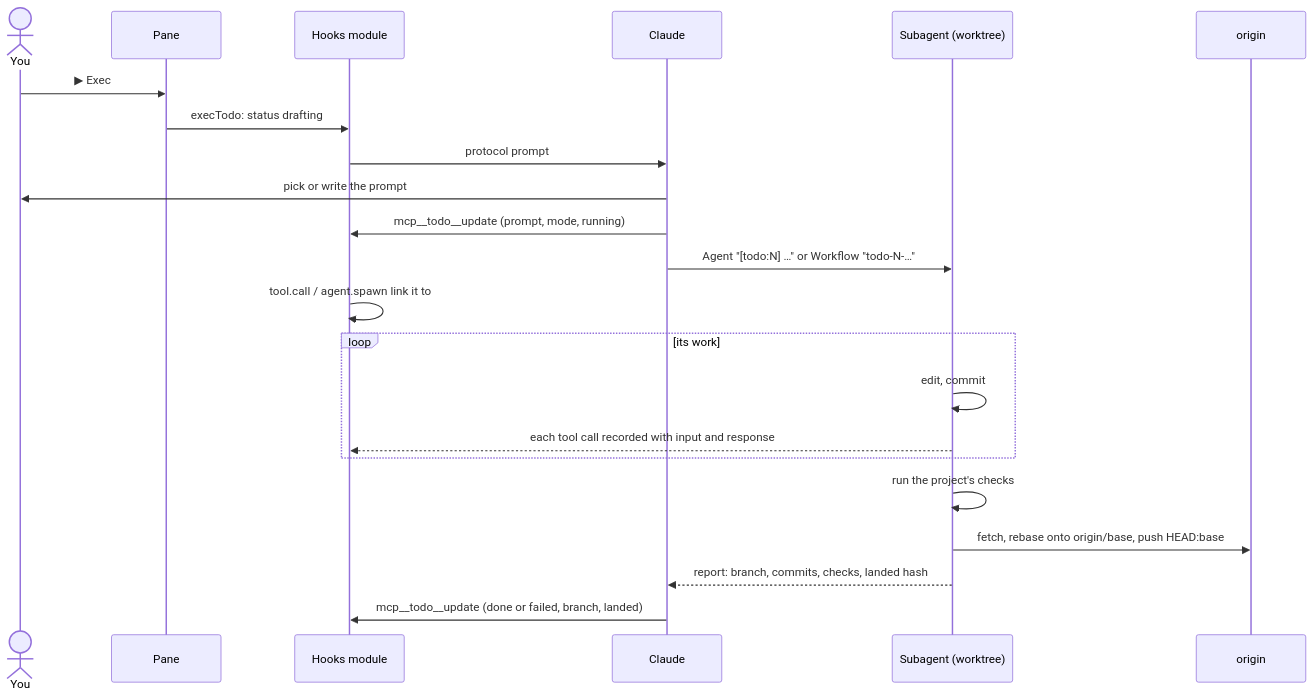
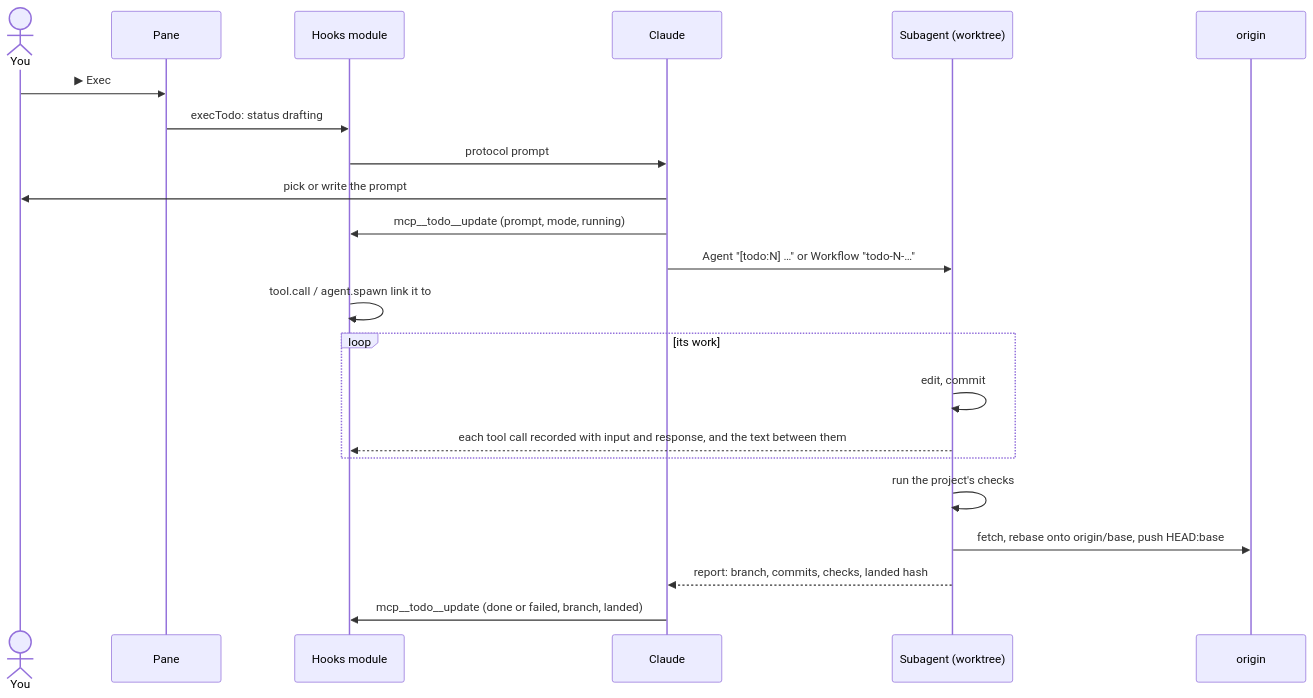
One commit to declanshanaghy/claude-todo changed the third of 4 diagrams in docs/architecture.md. Above: the diagram before and after it, drawn with Mermaid. The commit also changed other lines of this file and 3 other files, not shown here.

````diff
--- a/docs/architecture.md
+++ b/docs/architecture.md
@@ -74,24 +74,24 @@
 ```mermaid
 sequenceDiagram
   actor U as You
   participant P as Pane
   participant H as Hooks module
   participant M as Claude
   participant W as Subagent (worktree)
   participant O as origin
   U->>P: ▶ Exec
   P->>H: execTodo: status drafting
   H->>M: protocol prompt
   M->>U: pick or write the prompt
   M->>H: mcp__todo__update (prompt, mode, running)
   M->>W: Agent "[todo:N] …" or Workflow "todo-N-…"
   H->>H: tool.call / agent.spawn link it to #N
   loop its work
     W->>W: edit, commit
-    W-->>H: each tool call recorded with input and response
+    W-->>H: each tool call recorded with input and response, and the text between them
   end
   W->>W: run the project's checks
   W->>O: fetch, rebase onto origin/base, push HEAD:base
   W-->>M: report: branch, commits, checks, landed hash
   M->>H: mcp__todo__update (done or failed, branch, landed)
 ```
````
